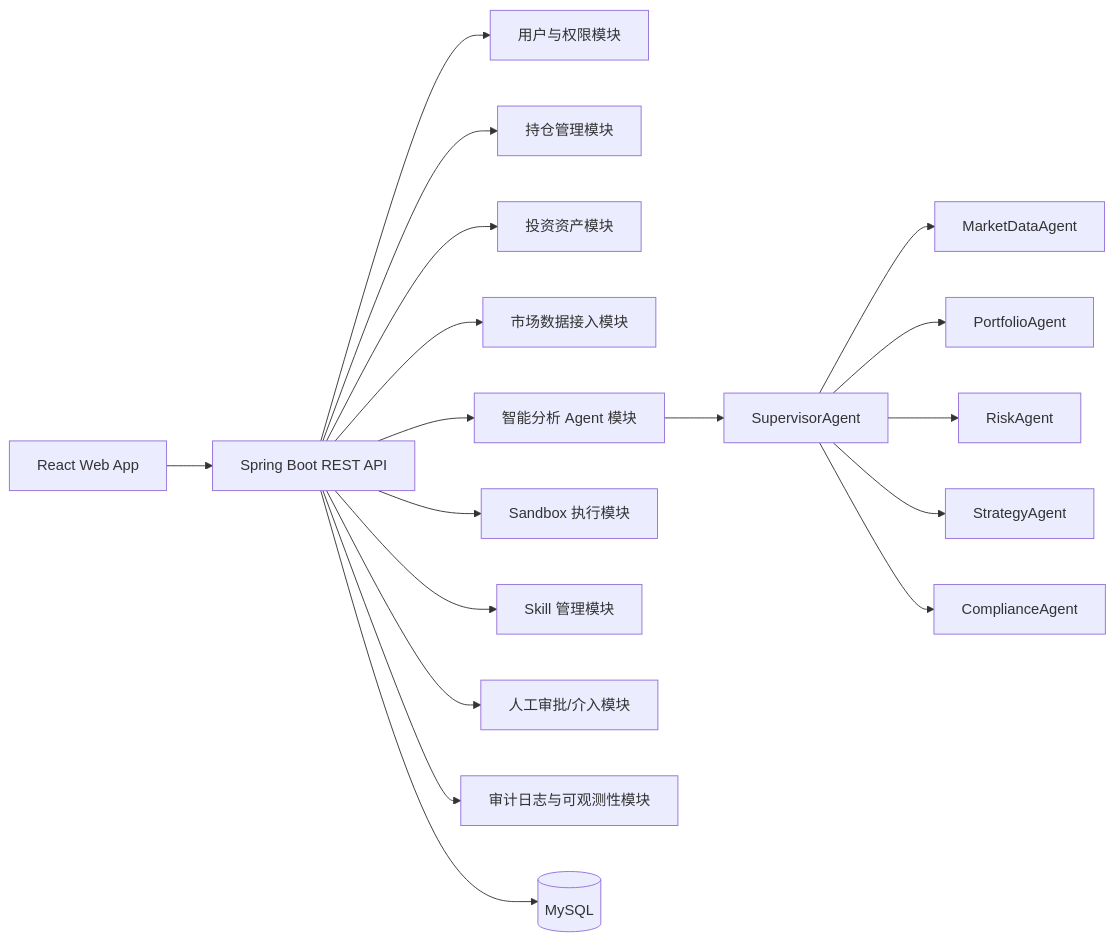
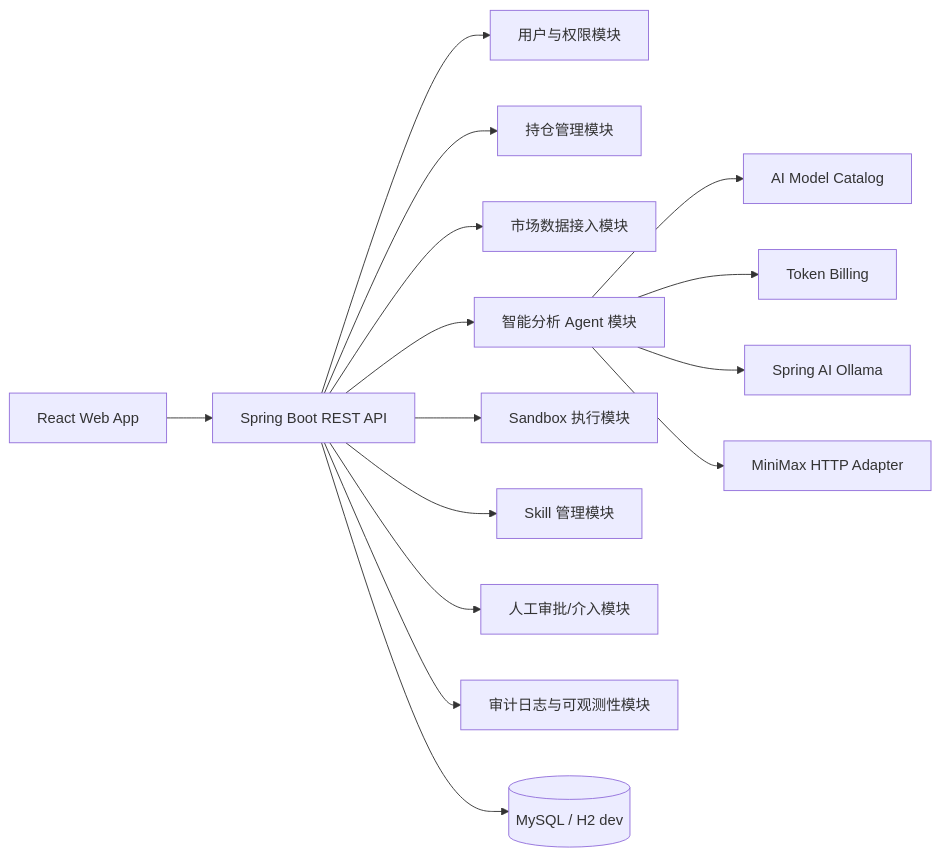
Before and after one commit to Martin8311/stockAgent: the diagram in docs/architecture.md, drawn with Mermaid. The commit also changed other lines of this file and 42 other files, not shown here.

````diff
--- a/docs/architecture.md
+++ b/docs/architecture.md
@@ -9,20 +9,17 @@
 ```mermaid
 flowchart LR
   Web["React Web App"] --> API["Spring Boot REST API"]
   API --> Auth["用户与权限模块"]
   API --> Portfolio["持仓管理模块"]
-  API --> Asset["投资资产模块"]
   API --> Market["市场数据接入模块"]
   API --> Agent["智能分析 Agent 模块"]
-  Agent --> Supervisor["SupervisorAgent"]
-  Supervisor --> MarketAgent["MarketDataAgent"]
-  Supervisor --> PortfolioAgent["PortfolioAgent"]
-  Supervisor --> RiskAgent["RiskAgent"]
-  Supervisor --> StrategyAgent["StrategyAgent"]
-  Supervisor --> ComplianceAgent["ComplianceAgent"]
+  Agent --> Catalog["AI Model Catalog"]
+  Agent --> Billing["Token Billing"]
+  Agent --> Ollama["Spring AI Ollama"]
+  Agent --> MiniMax["MiniMax HTTP Adapter"]
   API --> Sandbox["Sandbox 执行模块"]
   API --> Skill["Skill 管理模块"]
   API --> Approval["人工审批/介入模块"]
   API --> Audit["审计日志与可观测性模块"]
-  API --> DB[("MySQL")]
+  API --> DB[("MySQL / H2 dev")]
 ```
````
